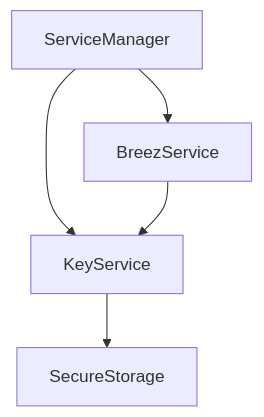
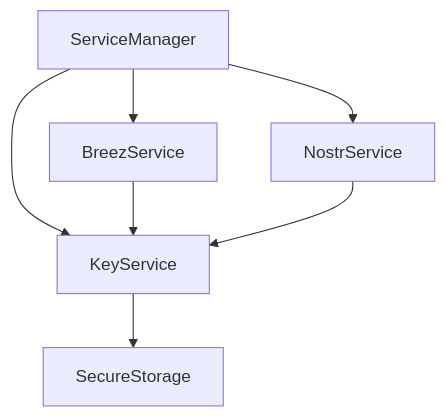
The diagram in docs/keys.md (OpenAgentsInc/onyx), drawn with Mermaid before and after one commit. The commit also changed other lines of this file, not shown here.

Commit message:
Updated keys.md to include NostrService as a user of the KeyService in the Overview section.

````diff
--- a/docs/keys.md
+++ b/docs/keys.md
@@ -38,7 +38,9 @@
 ```mermaid
 graph TD
     A[ServiceManager] --> B[KeyService]
     B --> C[SecureStorage]
     A --> D[BreezService]
     D --> B
+    A --> E[NostrService]
+    E --> B
 ```
````
